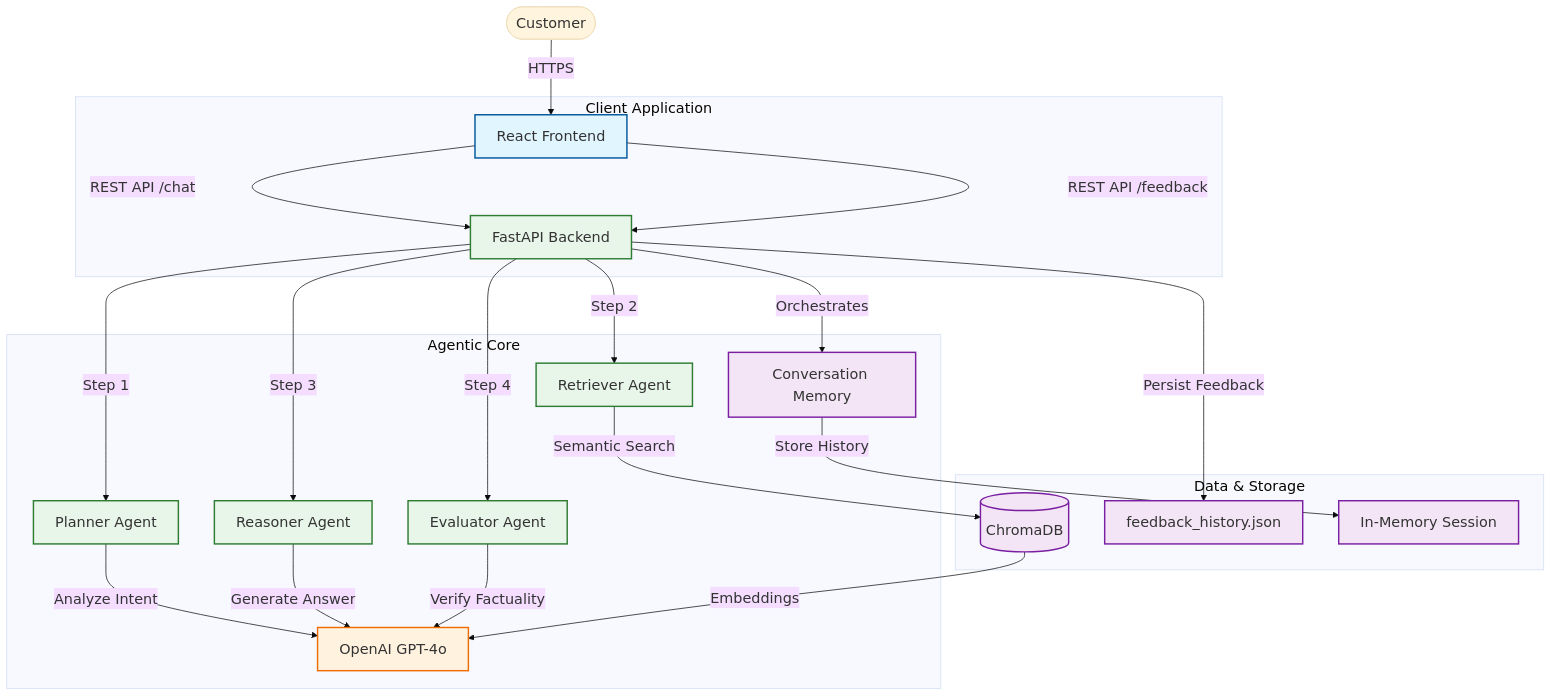
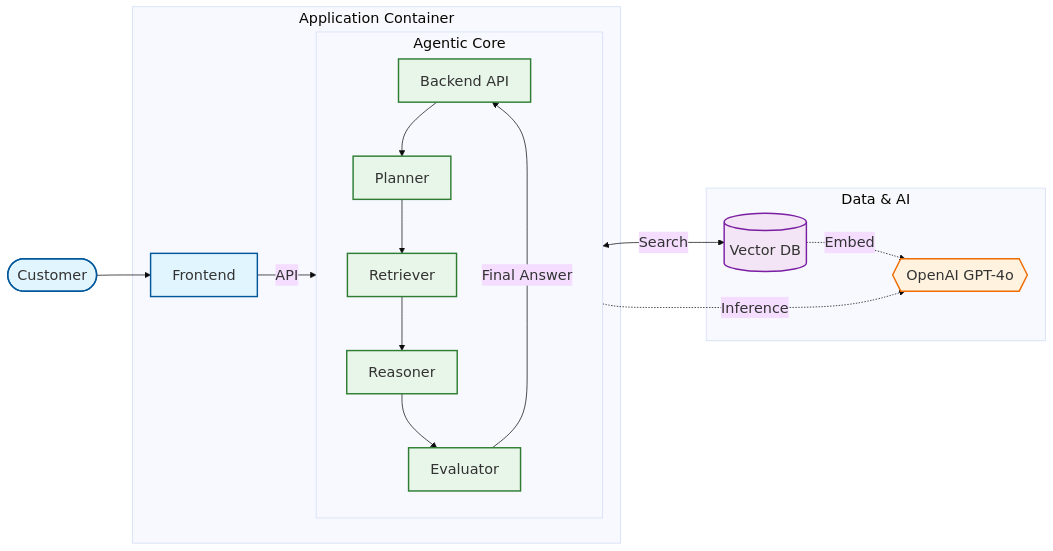
Before and after one commit to tanvitiwari2004/ba-agentic-chatbot: the diagram in system_architecture.md, drawn with Mermaid.

Commit message:
Refactor system architecture diagram for clarity

````diff
--- a/system_architecture.md
+++ b/system_architecture.md
@@ -8,45 +8,38 @@
 ```mermaid
 %%{init: {'theme': 'base', 'themeVariables': { 'fontSize': '20px', 'fontFamily': 'arial'}}}%%
-graph TD
+graph LR
     %% Styling
-    classDef frontend fill:#E1F5FE,stroke:#01579B,stroke-width:2px;
-    classDef backend fill:#E8F5E9,stroke:#2E7D32,stroke-width:2px;
-    classDef external fill:#FFF3E0,stroke:#EF6C00,stroke-width:2px;
-    classDef storage fill:#F3E5F5,stroke:#7B1FA2,stroke-width:2px;
+    classDef client fill:#E1F5FE,stroke:#01579B,stroke-width:2px;
+    classDef logic fill:#E8F5E9,stroke:#2E7D32,stroke-width:2px;
+    classDef memory fill:#F3E5F5,stroke:#7B1FA2,stroke-width:2px;
+    classDef ai fill:#FFF3E0,stroke:#EF6C00,stroke-width:2px;
 
-    %% User Interaction
-    User([Customer]) -->|HTTPS| Frontend[React Frontend];
+    User([Customer]) --> UI[Frontend]
     
-    %% Frontend
-    subgraph Client Application
-        Frontend -->|REST API /chat| API[FastAPI Backend];
-        Frontend -->|REST API /feedback| API;
+    subgraph App [Application Container]
+        UI -->|API| BE[Backend API]
+        
+        subgraph Agents [Agentic Core]
+            direction TB
+            BE --> Plan[Planner]
+            Plan --> Ret[Retriever]
+            Ret --> Reas[Reasoner]
+            Reas --> Eval[Evaluator]
+            Eval -->|Final Answer| BE
+        end
     end
 
-    %% Backend Agents
-    subgraph Agentic Core
-        API -->|Orchestrates| Memory[Conversation Memory];
-        API -->|Step 1| Planner[Planner Agent];
-        API -->|Step 2| Retriever[Retriever Agent];
-        API -->|Step 3| Reasoner[Reasoner Agent];
-        API -->|Step 4| Evaluator[Evaluator Agent];
+    subgraph Knowledge [Data & AI]
+        Vec[(Vector DB)]
+        LLM{{OpenAI GPT-4o}}
         
-        Planner -->|Analyze Intent| OpenAI[OpenAI GPT-4o];
-        Reasoner -->|Generate Answer| OpenAI;
-        Evaluator -->|Verify Factuality| OpenAI;
+        Ret <-->|Search| Vec
+        Vec -.->|Embed| LLM
+        Agents -.->|Inference| LLM
     end
 
-    %% Data Layer
-    subgraph Data & Storage
-        Retriever -->|Semantic Search| VectorStore[(ChromaDB)];
-        VectorStore -->|Embeddings| OpenAI;
-        API -->|Persist Feedback| FeedbackLog[feedback_history.json];
-        Memory -->|Store History| InMemory[In-Memory Session];
-    end
-
-    %% Class Assignment
-    class Frontend frontend;
-    class API,Planner,Retriever,Reasoner,Evaluator backend;
-    class OpenAI external;
-    class VectorStore,FeedbackLog,Memory,InMemory storage;
+    class User,UI client;
+    class BE,Plan,Ret,Reas,Eval logic;
+    class Vec,Hist memory;
+    class LLM ai;
 ```
````
